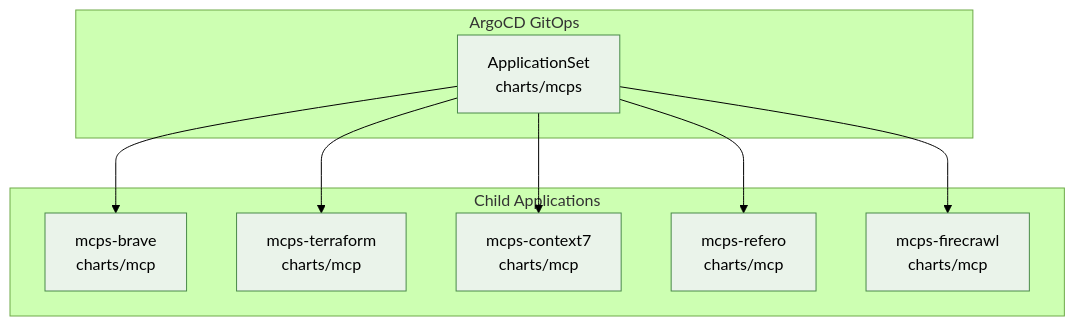
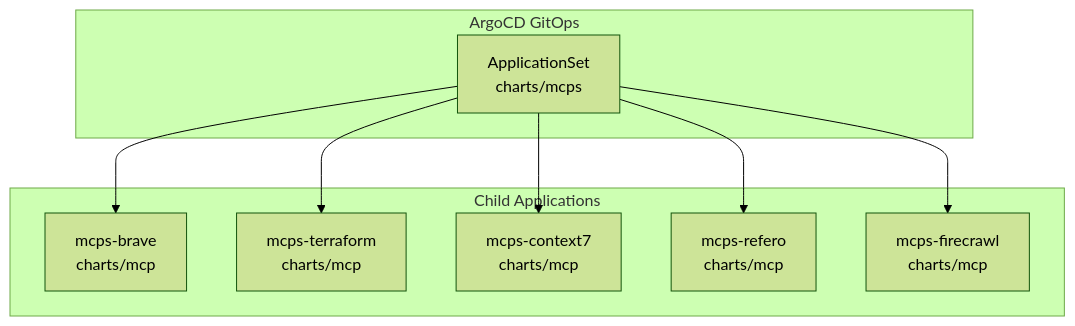
Before and after one commit to ADORSYS-GIS/ai-helm: the tenth of 11 diagrams in docs/mcp/01-envoy-mcp-research.md, drawn with Mermaid (forest theme). The commit also changed other lines of this file and 13 other files, not shown here.

First line of the commit message:
docs(architecture): uncolor all mermaid; refresh CD/components; add diagrams

````diff
--- a/docs/mcp/01-envoy-mcp-research.md
+++ b/docs/mcp/01-envoy-mcp-research.md
@@ -622,22 +609,21 @@
 ```mermaid
 flowchart TB
     subgraph GitOps["ArgoCD GitOps"]
-        APPSET["ApplicationSet<br/>charts/mcps"]:::own
+        APPSET["ApplicationSet<br/>charts/mcps"]
     end
     
     subgraph Children["Child Applications"]
-        APP1["mcps-brave<br/>charts/mcp"]:::own
-        APP2["mcps-terraform<br/>charts/mcp"]:::own
-        APP3["mcps-context7<br/>charts/mcp"]:::own
-        APP4["mcps-refero<br/>charts/mcp"]:::own
-        APP5["mcps-firecrawl<br/>charts/mcp"]:::own
+        APP1["mcps-brave<br/>charts/mcp"]
+        APP2["mcps-terraform<br/>charts/mcp"]
+        APP3["mcps-context7<br/>charts/mcp"]
+        APP4["mcps-refero<br/>charts/mcp"]
+        APP5["mcps-firecrawl<br/>charts/mcp"]
     end
     
     APPSET --> APP1
     APPSET --> APP2
     APPSET --> APP3
     APPSET --> APP4
     APPSET --> APP5
     
-    classDef own fill:#eaf3ea,stroke:#4a8a4a;
 ```
````
